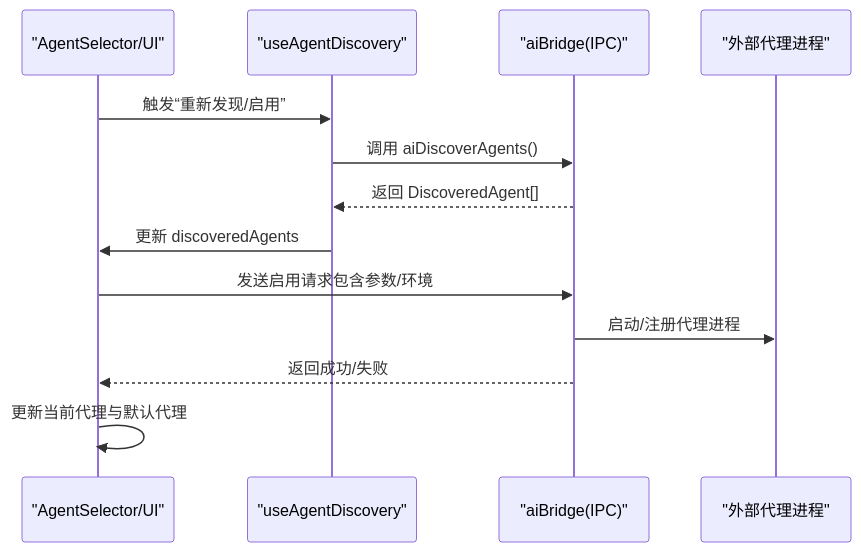
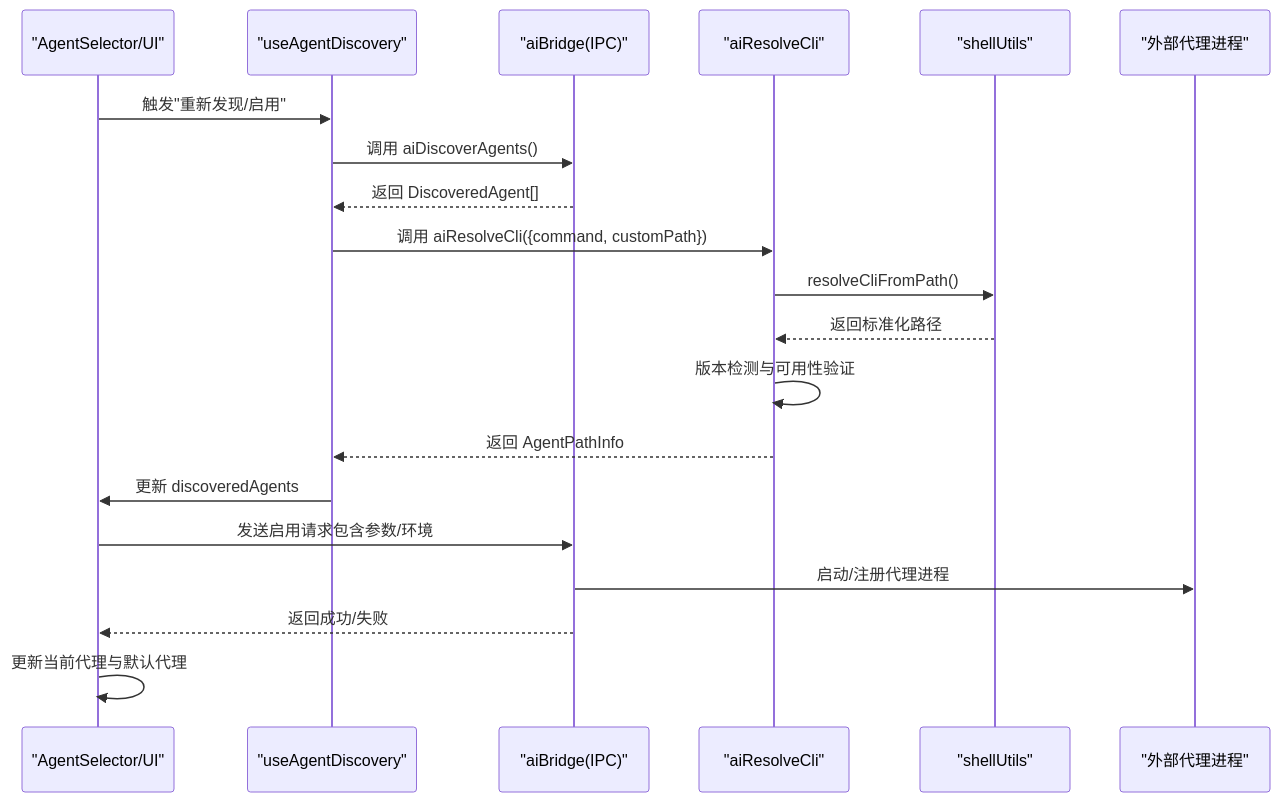
The second of 11 diagrams in .qoder/repowiki/zh/content/用户指南/AI代理集成/代理管理.md (szeiyou/Netcatty), drawn with Mermaid before and after one commit. The commit also changed other lines of this file and 8 other files, not shown here.

````diff
--- a/.qoder/repowiki/zh/content/用户指南/AI代理集成/代理管理.md
+++ b/.qoder/repowiki/zh/content/用户指南/AI代理集成/代理管理.md
@@ -110,15 +141,22 @@
 ```mermaid
 sequenceDiagram
 participant UI as "AgentSelector/UI"
 participant Hook as "useAgentDiscovery"
 participant Bridge as "aiBridge(IPC)"
+participant Resolver as "aiResolveCli"
+participant PathUtils as "shellUtils"
 participant Proc as "外部代理进程"
-UI->>Hook : 触发“重新发现/启用”
+UI->>Hook : 触发"重新发现/启用"
 Hook->>Bridge : 调用 aiDiscoverAgents()
 Bridge-->>Hook : 返回 DiscoveredAgent[]
+Hook->>Resolver : 调用 aiResolveCli({command, customPath})
+Resolver->>PathUtils : resolveCliFromPath()
+PathUtils-->>Resolver : 返回标准化路径
+Resolver->>Resolver : 版本检测与可用性验证
+Resolver-->>Hook : 返回 AgentPathInfo
 Hook->>UI : 更新 discoveredAgents
 UI->>Bridge : 发送启用请求包含参数/环境
 Bridge->>Proc : 启动/注册代理进程
 Bridge-->>UI : 返回成功/失败
 UI->>UI : 更新当前代理与默认代理
 ```
````
